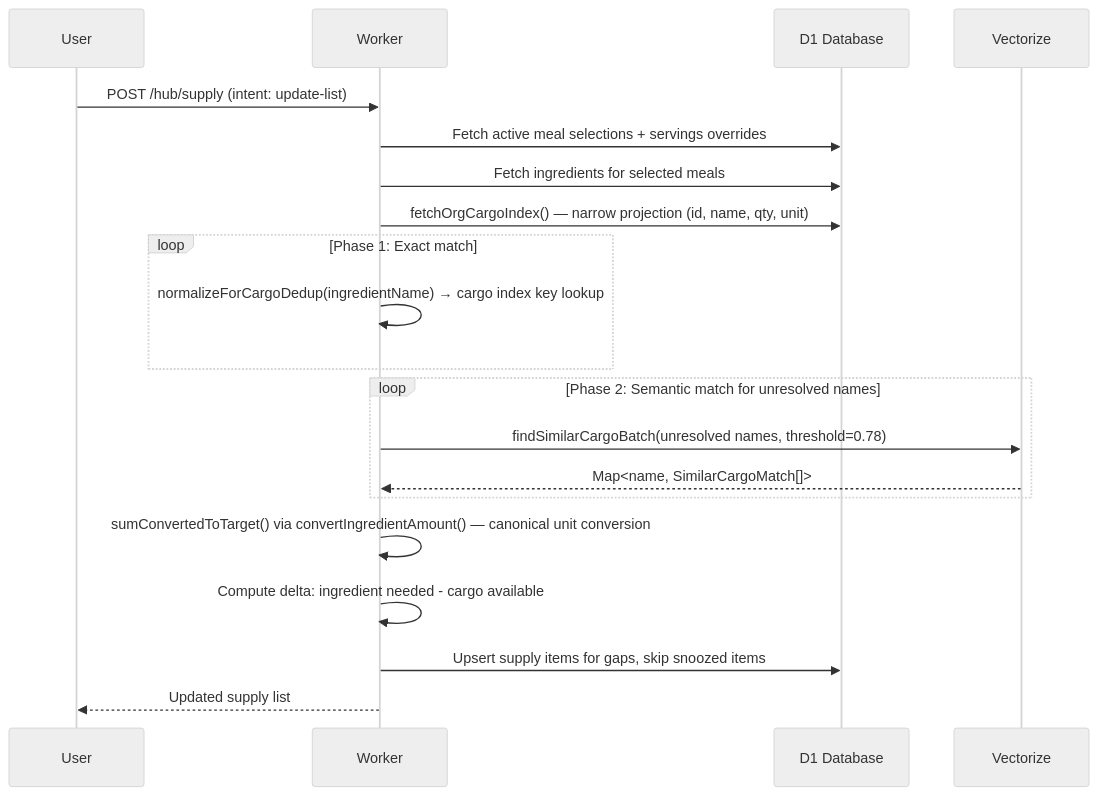
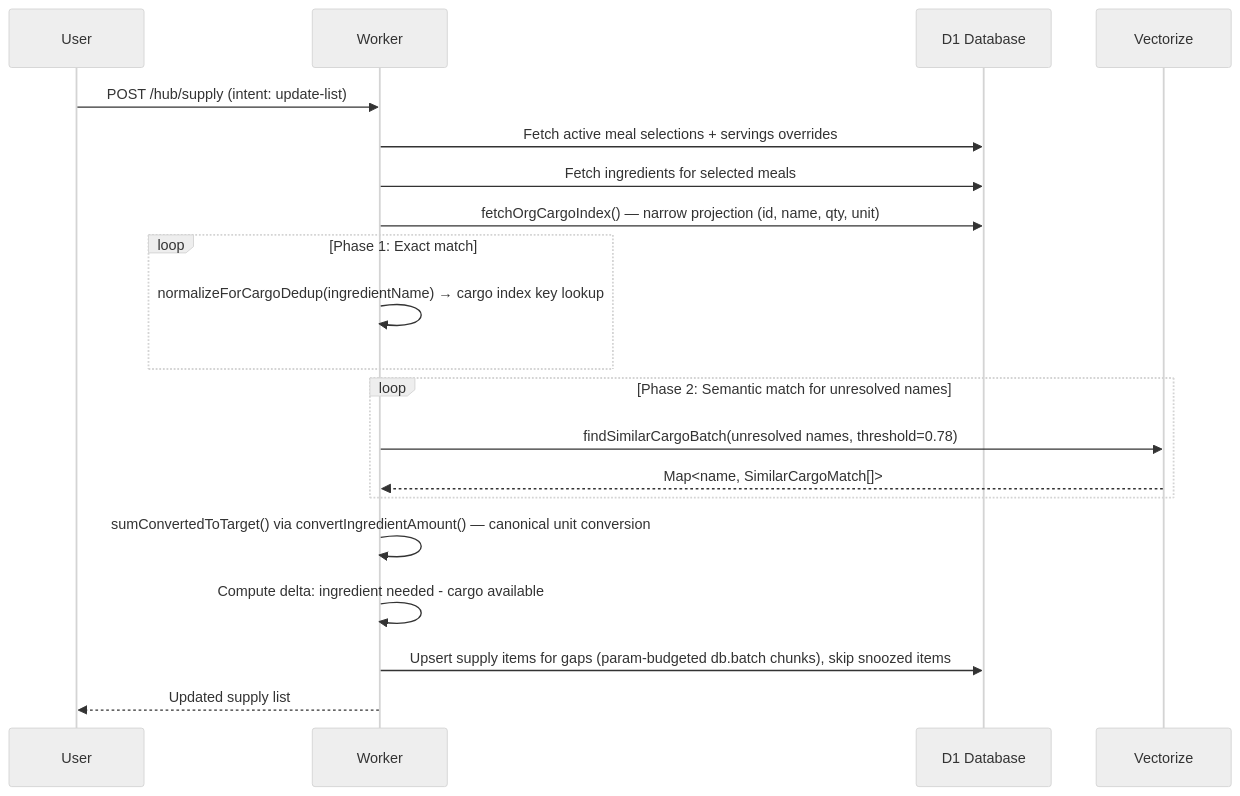
Diagram 11 of 24 in README.md (bjamesdowning/ration-mirror), drawn with Mermaid (neutral theme) before and after one commit. The commit also changed other lines of this file and 7 other files, not shown here.

````diff
--- a/README.md
+++ b/README.md
@@ -512,26 +512,26 @@
 ```mermaid
 sequenceDiagram
     participant User as User
     participant Worker as Worker
     participant D1 as D1 Database
     participant Vectorize as Vectorize
 
     User->>Worker: POST /hub/supply (intent: update-list)
     Worker->>D1: Fetch active meal selections + servings overrides
     Worker->>D1: Fetch ingredients for selected meals
     Worker->>D1: fetchOrgCargoIndex() — narrow projection (id, name, qty, unit)
 
     loop Phase 1: Exact match
         Worker->>Worker: normalizeForCargoDedup(ingredientName) → cargo index key lookup
     end
 
     loop Phase 2: Semantic match for unresolved names
         Worker->>Vectorize: findSimilarCargoBatch(unresolved names, threshold=0.78)
         Vectorize-->>Worker: Map<name, SimilarCargoMatch[]>
     end
 
     Worker->>Worker: sumConvertedToTarget() via convertIngredientAmount() — canonical unit conversion
     Worker->>Worker: Compute delta: ingredient needed - cargo available
-    Worker->>D1: Upsert supply items for gaps, skip snoozed items
+    Worker->>D1: Upsert supply items for gaps (param-budgeted db.batch chunks), skip snoozed items
     Worker-->>User: Updated supply list
 ```
````
